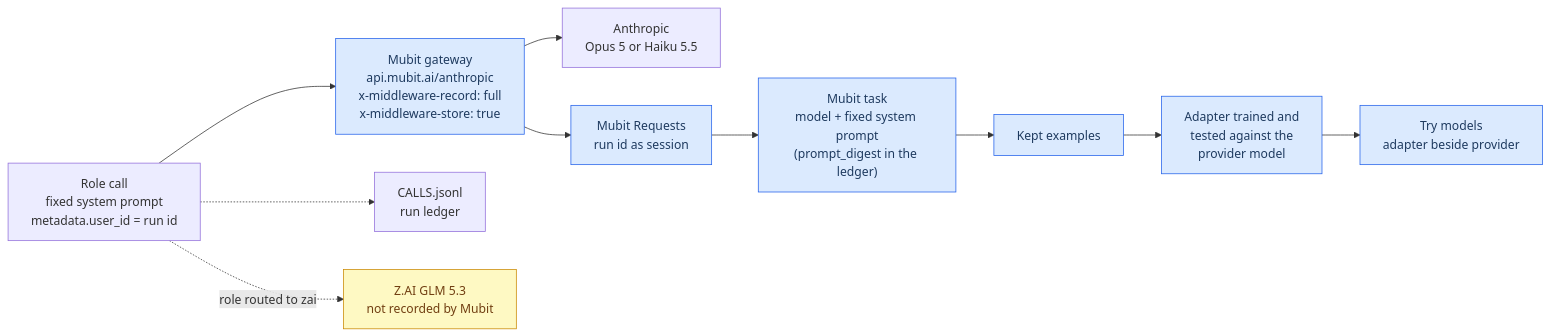
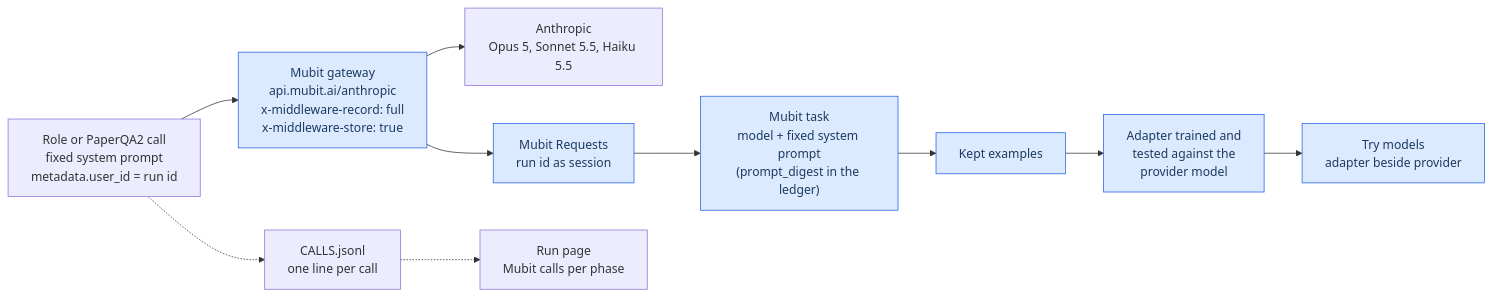
Before and after one commit to persistentepiphany/mubit-experiments-hackathon: the first of 2 diagrams in README.md, drawn with Mermaid. The commit also changed other lines of this file, not shown here.

Commit message:
Describe the Mubit-only routing, automatic corrections and the Library in the README

````diff
--- a/README.md
+++ b/README.md
@@ -25,26 +25,23 @@
 ```mermaid
 flowchart LR
-    accTitle: How a role call reaches Mubit
-    accDescr: A role call goes through the Mubit gateway, which forwards it to Anthropic and records it. Recorded calls are grouped into a task by model and fixed system prompt, kept as examples, and used to train an adapter that is compared with the provider model.
+    accTitle: How a model call reaches Mubit
+    accDescr: A role or PaperQA2 call goes through the Mubit gateway, which forwards it to Anthropic and records it. Mubit groups recorded calls into a task by model and fixed system prompt, keeps them as examples and trains an adapter that Try models compares with the provider model. Each call is also written to the run ledger, which the run page reads.
 
-    roleCall["Role call<br/>fixed system prompt<br/>metadata.user_id = run id"]
+    roleCall["Role or PaperQA2 call<br/>fixed system prompt<br/>metadata.user_id = run id"]
     gw["Mubit gateway<br/>api.mubit.ai/anthropic<br/>x-middleware-record: full<br/>x-middleware-store: true"]
-    anth["Anthropic<br/>Opus 5 or Haiku 5.5"]
+    anth["Anthropic<br/>Opus 5, Sonnet 5.5, Haiku 5.5"]
     req["Mubit Requests<br/>run id as session"]
     task["Mubit task<br/>model + fixed system prompt<br/>(prompt_digest in the ledger)"]
     ex["Kept examples"]
     ad["Adapter trained and<br/>tested against the<br/>provider model"]
     tryModels["Try models<br/>adapter beside provider"]
-    ledger["CALLS.jsonl<br/>run ledger"]
-    zai["Z.AI GLM 5.3<br/>not recorded by Mubit"]
+    ledger["CALLS.jsonl<br/>one line per call"]
+    runPage["Run page<br/>Mubit calls per phase"]
 
     roleCall --> gw --> anth
     gw --> req --> task --> ex --> ad --> tryModels
-    roleCall -.-> ledger
-    roleCall -. "role routed to zai" .-> zai
+    roleCall -.-> ledger -.-> runPage
 
     classDef mubit fill:#dbeafe,stroke:#2563eb,color:#1e3a5f
-    classDef open fill:#fef9c3,stroke:#ca8a04,color:#713f12
     class gw,req,task,ex,ad,tryModels mubit
-    class zai open
 ```
````
